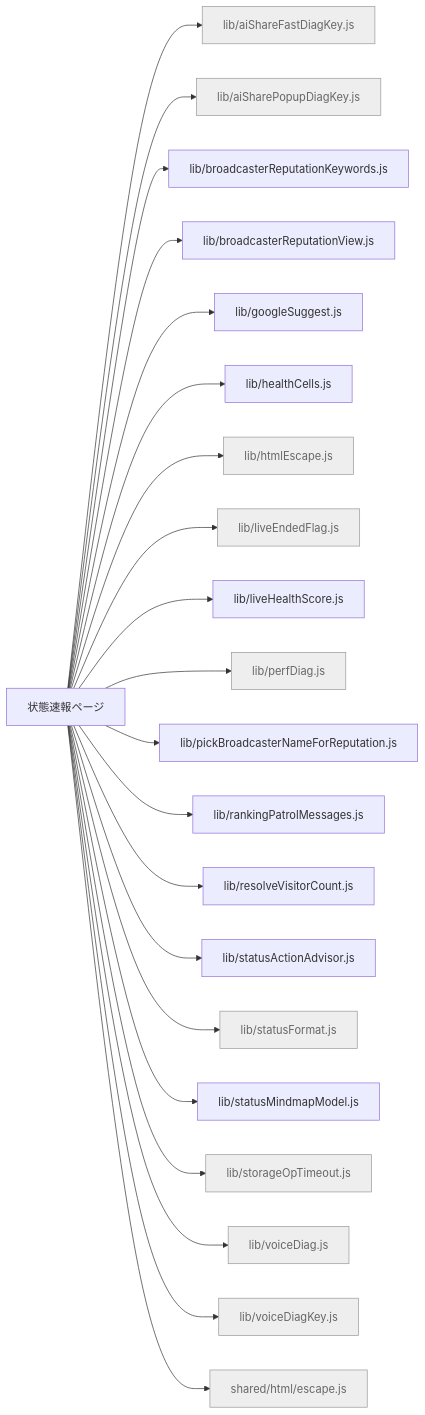
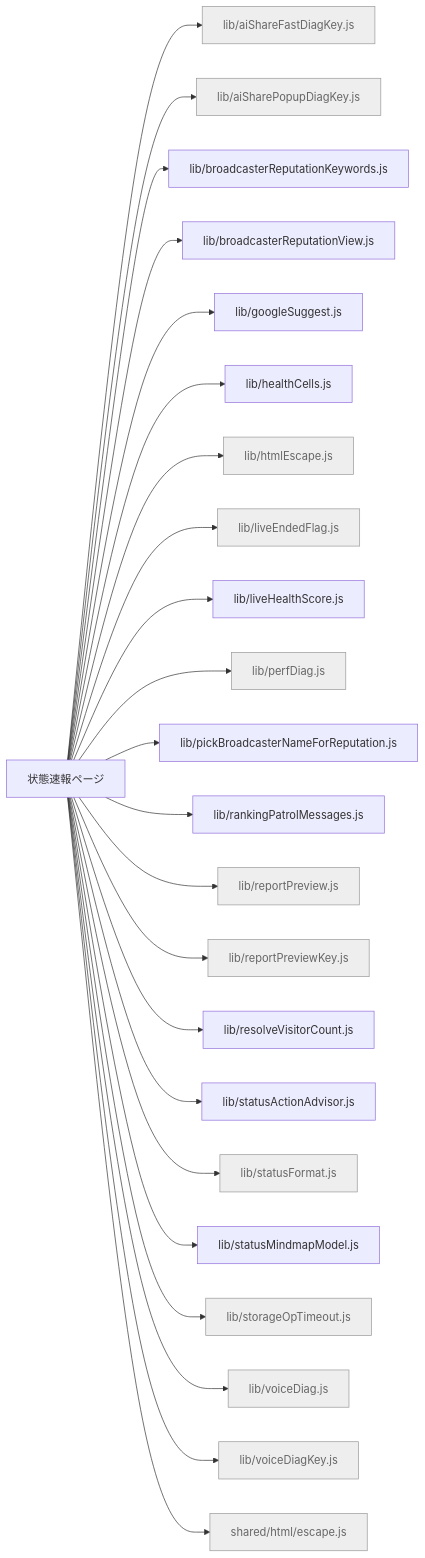
Before and after one commit to kimito-link/tsuioku-no-kirameki.com: the diagram in docs/feature-map/status.md, drawn with Mermaid. The commit also changed other lines of this file and 24 other files, not shown here.

````diff
--- a/docs/feature-map/status.md
+++ b/docs/feature-map/status.md
@@ -13,25 +13,27 @@
 ```mermaid
 graph LR
   n_status["状態速報ページ"]
   n_status --> n_src_lib_aiShareFastDiagKey_js["lib/aiShareFastDiagKey.js"]:::shared
   n_status --> n_src_lib_aiSharePopupDiagKey_js["lib/aiSharePopupDiagKey.js"]:::shared
   n_status --> n_src_lib_broadcasterReputationKeywords_js["lib/broadcasterReputationKeywords.js"]
   n_status --> n_src_lib_broadcasterReputationView_js["lib/broadcasterReputationView.js"]
   n_status --> n_src_lib_googleSuggest_js["lib/googleSuggest.js"]
   n_status --> n_src_lib_healthCells_js["lib/healthCells.js"]
   n_status --> n_src_lib_htmlEscape_js["lib/htmlEscape.js"]:::shared
   n_status --> n_src_lib_liveEndedFlag_js["lib/liveEndedFlag.js"]:::shared
   n_status --> n_src_lib_liveHealthScore_js["lib/liveHealthScore.js"]
   n_status --> n_src_lib_perfDiag_js["lib/perfDiag.js"]:::shared
   n_status --> n_src_lib_pickBroadcasterNameForReputation_js["lib/pickBroadcasterNameForReputation.js"]
   n_status --> n_src_lib_rankingPatrolMessages_js["lib/rankingPatrolMessages.js"]
+  n_status --> n_src_lib_reportPreview_js["lib/reportPreview.js"]:::shared
+  n_status --> n_src_lib_reportPreviewKey_js["lib/reportPreviewKey.js"]:::shared
   n_status --> n_src_lib_resolveVisitorCount_js["lib/resolveVisitorCount.js"]
   n_status --> n_src_lib_statusActionAdvisor_js["lib/statusActionAdvisor.js"]
   n_status --> n_src_lib_statusFormat_js["lib/statusFormat.js"]:::shared
   n_status --> n_src_lib_statusMindmapModel_js["lib/statusMindmapModel.js"]
   n_status --> n_src_lib_storageOpTimeout_js["lib/storageOpTimeout.js"]:::shared
   n_status --> n_src_lib_voiceDiag_js["lib/voiceDiag.js"]:::shared
   n_status --> n_src_lib_voiceDiagKey_js["lib/voiceDiagKey.js"]:::shared
   n_status --> n_src_shared_html_escape_js["shared/html/escape.js"]:::shared
   classDef shared fill:#eee,stroke:#999,color:#666;
 ```
````
